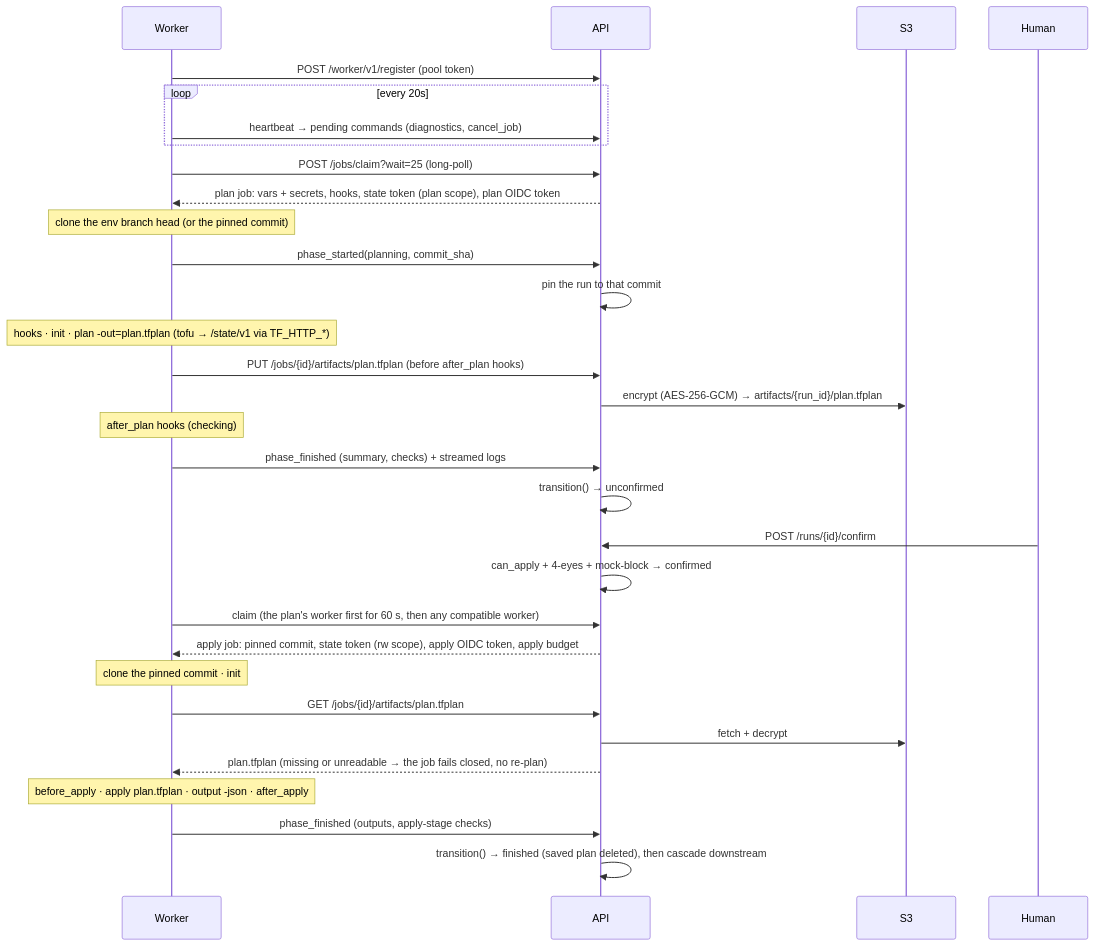
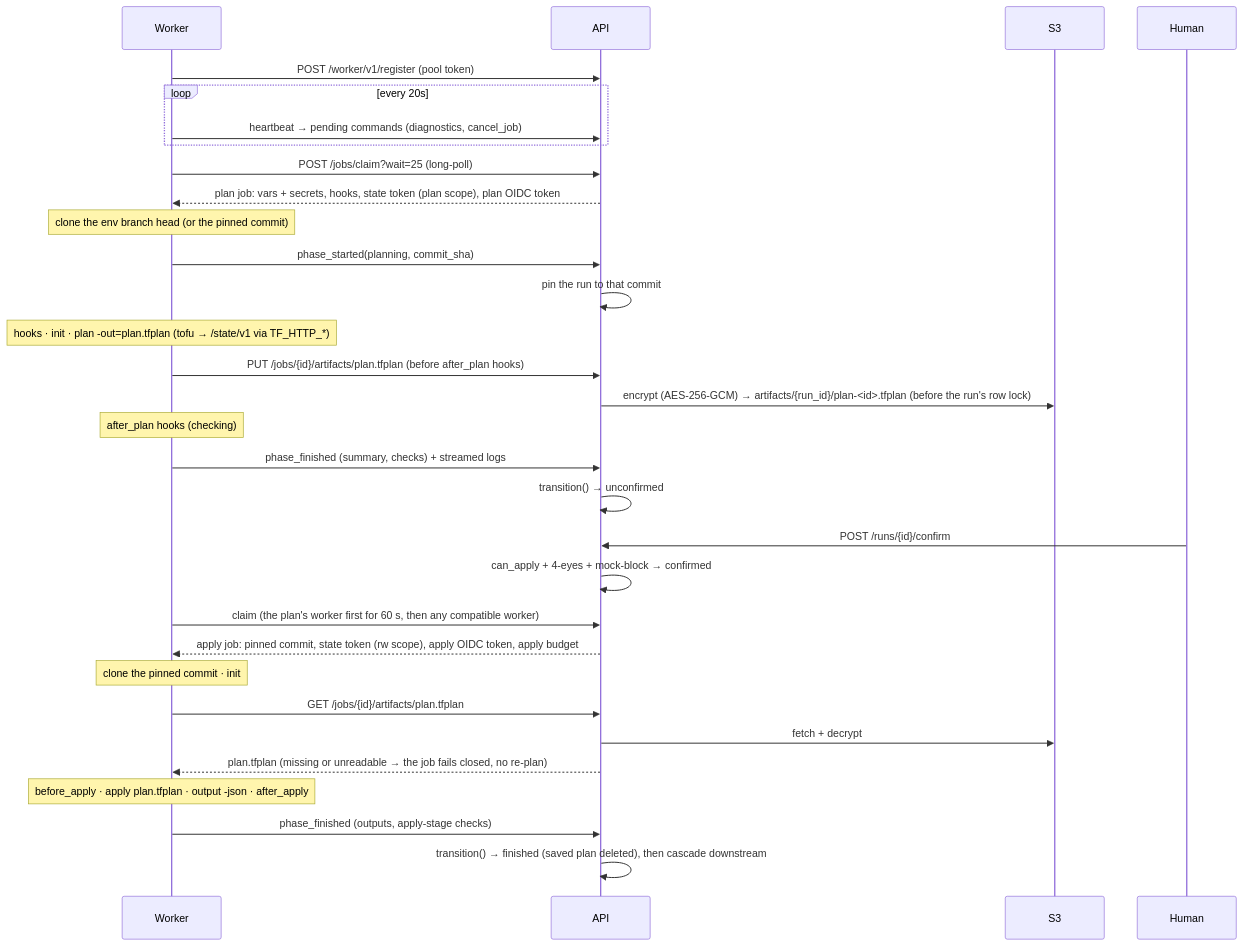
Before and after one commit to fmiquel90/stackd: the third of 6 diagrams in docs/ARCHITECTURE.md, drawn with Mermaid. The commit also changed other lines of this file and 15 other files, not shown here.

````diff
--- a/docs/ARCHITECTURE.md
+++ b/docs/ARCHITECTURE.md
@@ -116,33 +119,33 @@
 ```mermaid
 sequenceDiagram
     participant W as Worker
     participant A as API
     participant S as S3
     participant H as Human
     W->>A: POST /worker/v1/register (pool token)
     loop every 20s
         W->>A: heartbeat → pending commands (diagnostics, cancel_job)
     end
     W->>A: POST /jobs/claim?wait=25 (long-poll)
     A-->>W: plan job: vars + secrets, hooks, state token (plan scope), plan OIDC token
     Note over W: clone the env branch head (or the pinned commit)
     W->>A: phase_started(planning, commit_sha)
     A->>A: pin the run to that commit
     Note over W: hooks · init · plan -out=plan.tfplan (tofu → /state/v1 via TF_HTTP_*)
     W->>A: PUT /jobs/{id}/artifacts/plan.tfplan (before after_plan hooks)
-    A->>S: encrypt (AES-256-GCM) → artifacts/{run_id}/plan.tfplan
+    A->>S: encrypt (AES-256-GCM) → artifacts/{run_id}/plan-<id>.tfplan (before the run's row lock)
     Note over W: after_plan hooks (checking)
     W->>A: phase_finished (summary, checks) + streamed logs
     A->>A: transition() → unconfirmed
     H->>A: POST /runs/{id}/confirm
     A->>A: can_apply + 4-eyes + mock-block → confirmed
     W->>A: claim (the plan's worker first for 60 s, then any compatible worker)
     A-->>W: apply job: pinned commit, state token (rw scope), apply OIDC token, apply budget
     Note over W: clone the pinned commit · init
     W->>A: GET /jobs/{id}/artifacts/plan.tfplan
     A->>S: fetch + decrypt
     A-->>W: plan.tfplan (missing or unreadable → the job fails closed, no re-plan)
     Note over W: before_apply · apply plan.tfplan · output -json · after_apply
     W->>A: phase_finished (outputs, apply-stage checks)
     A->>A: transition() → finished (saved plan deleted), then cascade downstream
 ```
````
